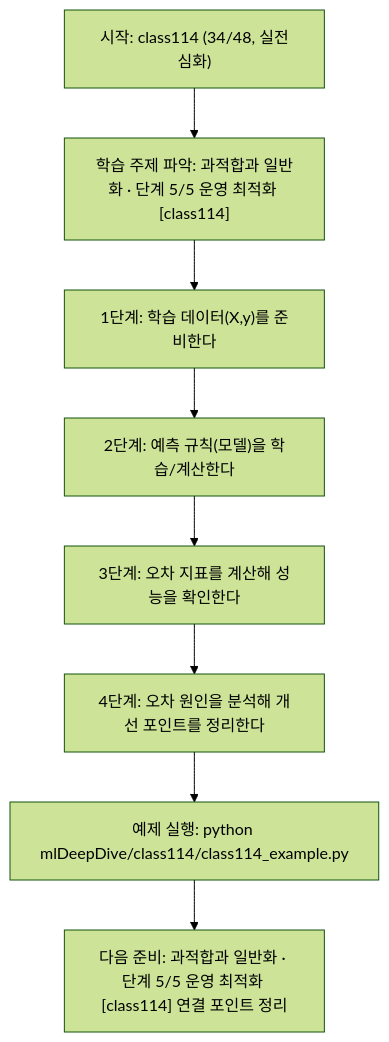
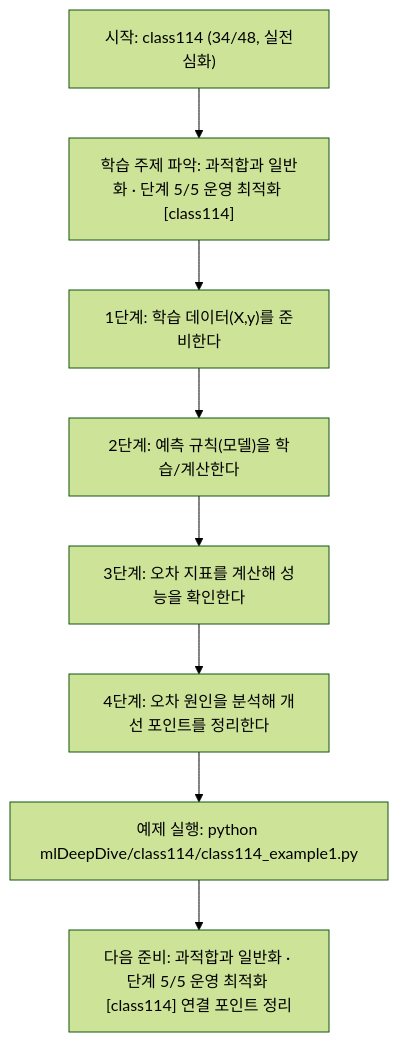
The diagram in mlDeepDive/class114/class114.md (edumgt/Python-AI_Agent-Class), drawn with Mermaid (forest theme) before and after one commit. The commit also changed other lines of this file and 2959 other files, not shown here.

````diff
--- a/mlDeepDive/class114/class114.md
+++ b/mlDeepDive/class114/class114.md
@@ -109,18 +109,18 @@
 ```mermaid
 flowchart TD
 N1["시작: class114 (34/48, 실전심화)"]
 N2["학습 주제 파악: 과적합과 일반화 · 단계 5/5 운영 최적화 [class114]"]
 N3["1단계: 학습 데이터(X,y)를 준비한다"]
 N4["2단계: 예측 규칙(모델)을 학습/계산한다"]
 N5["3단계: 오차 지표를 계산해 성능을 확인한다"]
 N6["4단계: 오차 원인을 분석해 개선 포인트를 정리한다"]
-N7["예제 실행: python mlDeepDive/class114/class114_example.py"]
+N7["예제 실행: python mlDeepDive/class114/class114_example1.py"]
 N8["다음 준비: 과적합과 일반화 · 단계 5/5 운영 최적화 [class114] 연결 포인트 정리"]
 N1 --> N2
 N2 --> N3
 N3 --> N4
 N4 --> N5
 N5 --> N6
 N6 --> N7
 N7 --> N8
 ```
````
